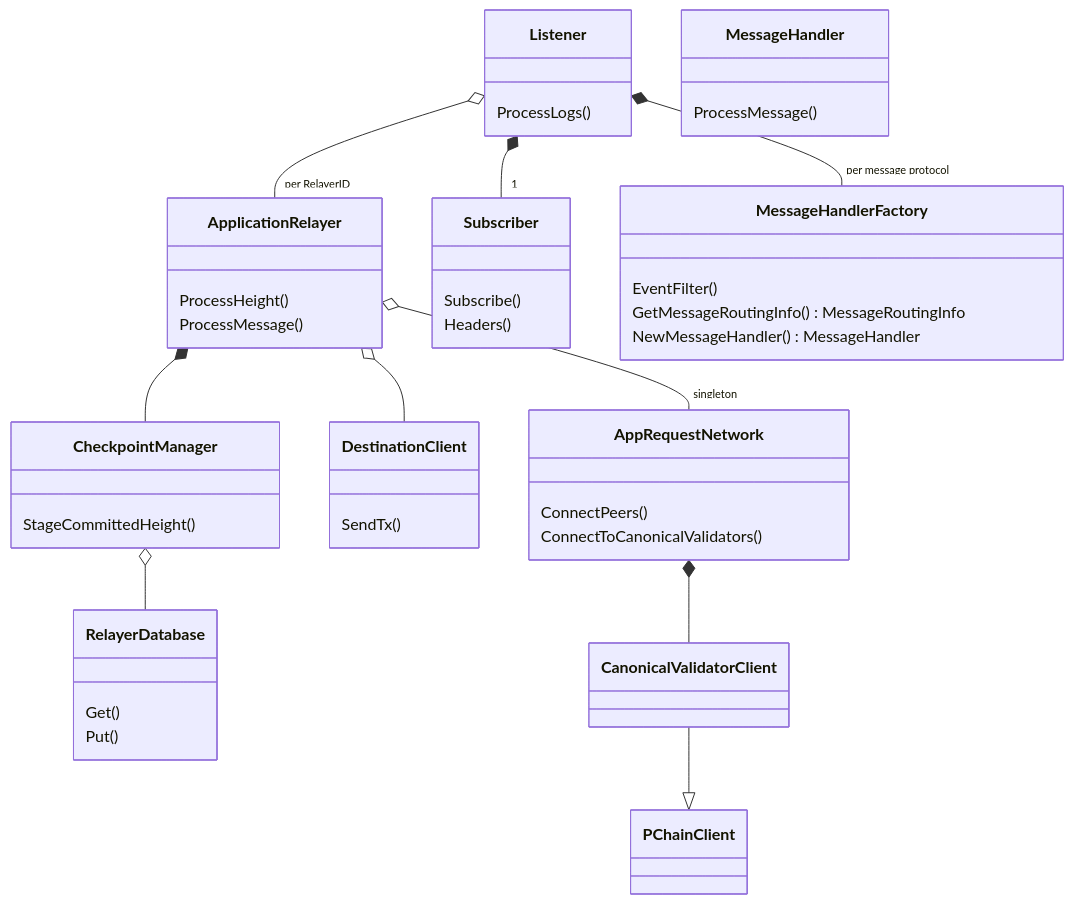
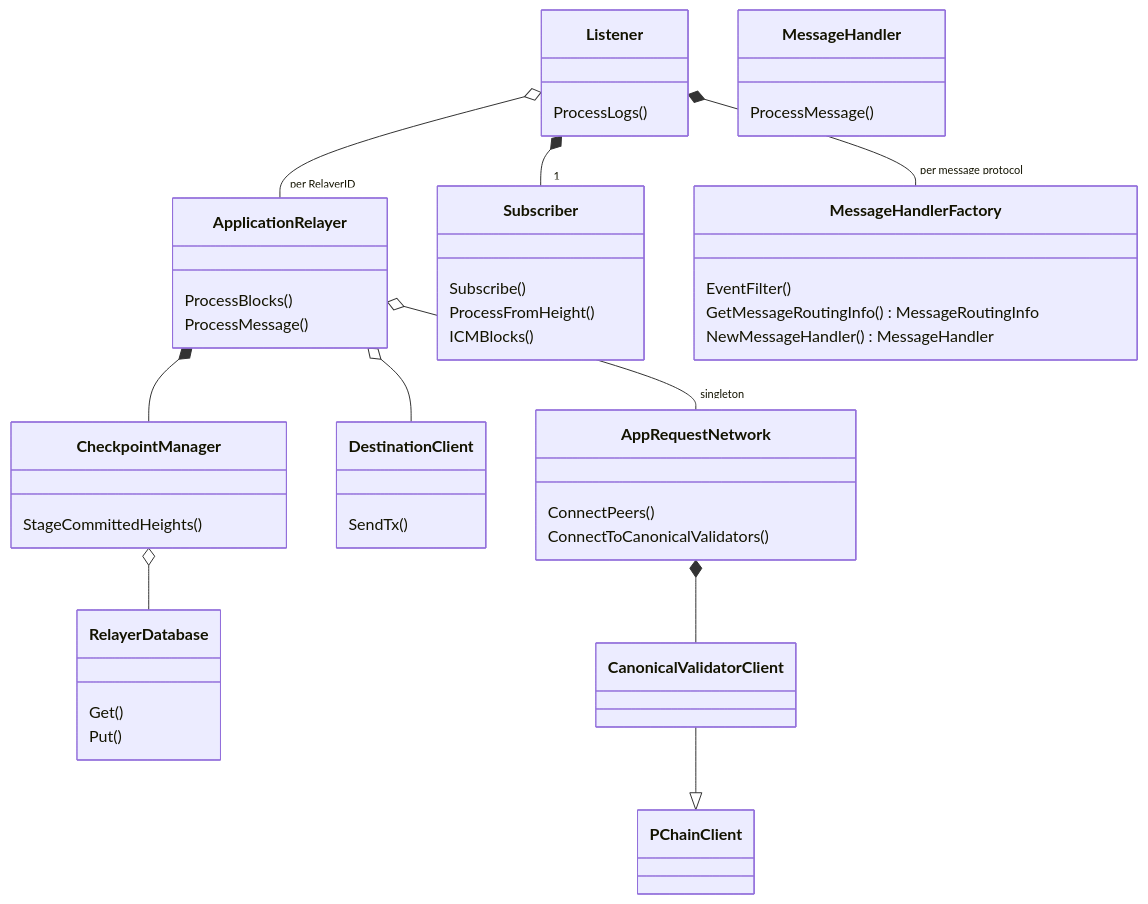
The diagram in docs/architecture.md (ava-labs/icm-services), drawn with Mermaid before and after one commit. The commit also changed 12 other files, not shown here.

````diff
--- a/docs/architecture.md
+++ b/docs/architecture.md
@@ -5,28 +5,29 @@
 ```mermaid
 classDiagram
     Listener o-- "per RelayerID" ApplicationRelayer
     Listener *-- "1" Subscriber
     Listener *-- "per message protocol" MessageHandlerFactory
     ApplicationRelayer o-- "singleton" AppRequestNetwork
     ApplicationRelayer o-- DestinationClient
     ApplicationRelayer *-- CheckpointManager
     CheckpointManager o-- RelayerDatabase
     AppRequestNetwork *-- CanonicalValidatorClient
     CanonicalValidatorClient --|> PChainClient
 
     Listener : ProcessLogs()
-    ApplicationRelayer : ProcessHeight()
+    ApplicationRelayer : ProcessBlocks()
     ApplicationRelayer : ProcessMessage()
-    CheckpointManager : StageCommittedHeight()
+    CheckpointManager : StageCommittedHeights()
     Subscriber : Subscribe()
-    Subscriber : Headers()
+    Subscriber : ProcessFromHeight()
+    Subscriber : ICMBlocks()
     DestinationClient : SendTx()
     MessageHandlerFactory : EventFilter()
     MessageHandlerFactory : GetMessageRoutingInfo() MessageRoutingInfo
     MessageHandlerFactory : NewMessageHandler() MessageHandler
     MessageHandler : ProcessMessage()
     RelayerDatabase : Get()
     RelayerDatabase : Put()
     AppRequestNetwork : ConnectPeers()
     AppRequestNetwork : ConnectToCanonicalValidators()
 ```
````
